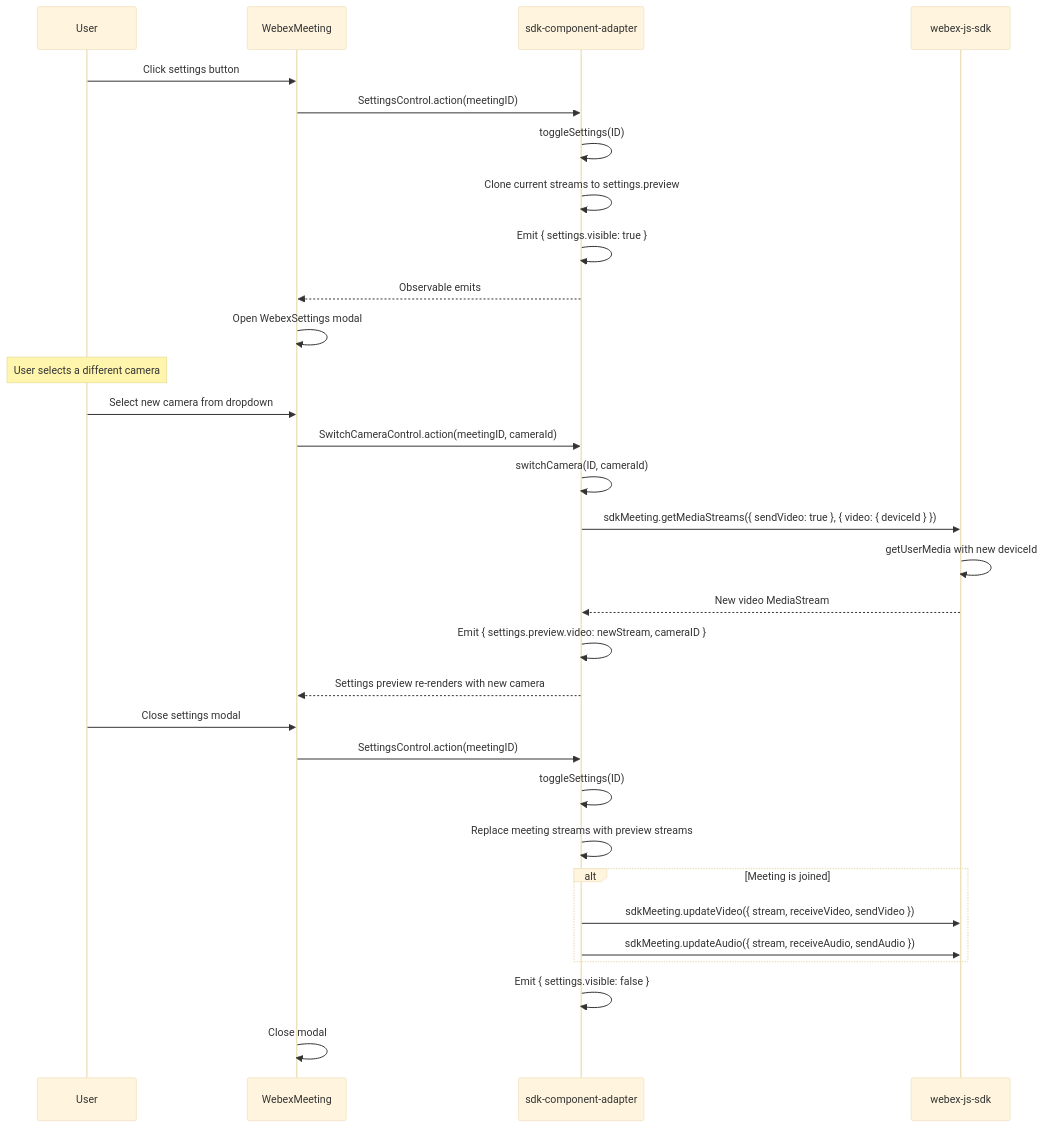
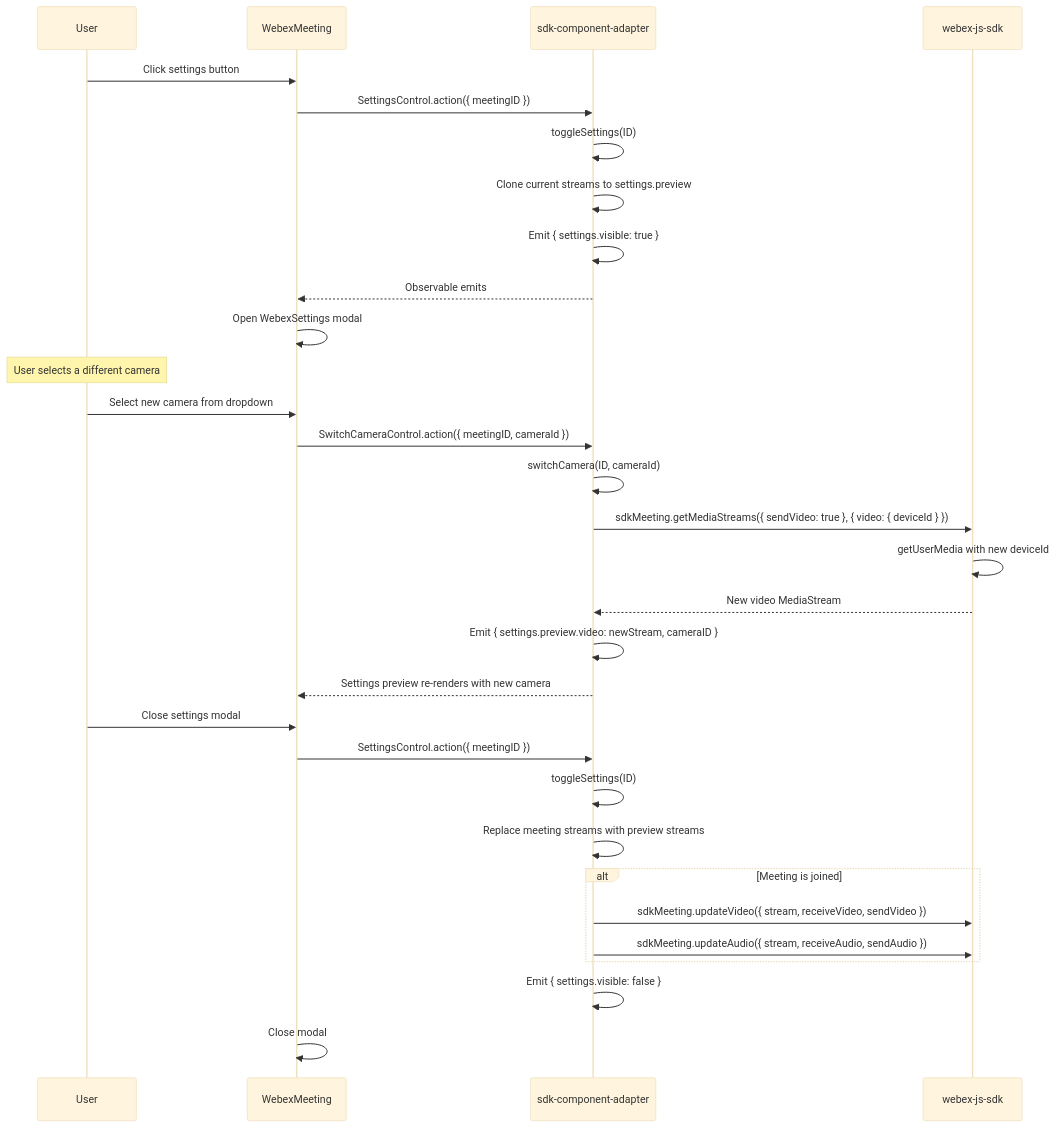
The ninth of 13 diagrams in packages/@webex/widgets/ai-docs/ARCHITECTURE.md (webex/widgets), drawn with Mermaid (base theme) before and after one commit. The commit also changed other lines of this file and 1 other file, not shown here.

````diff
--- a/packages/@webex/widgets/ai-docs/ARCHITECTURE.md
+++ b/packages/@webex/widgets/ai-docs/ARCHITECTURE.md
@@ -477,39 +481,39 @@
 ```mermaid
 sequenceDiagram
     participant User
     participant Component as WebexMeeting
     participant Adapter as sdk-component-adapter
     participant SDK as webex-js-sdk
 
     User->>Component: Click settings button
-    Component->>Adapter: SettingsControl.action(meetingID)
+    Component->>Adapter: SettingsControl.action({ meetingID })
     Adapter->>Adapter: toggleSettings(ID)
     Adapter->>Adapter: Clone current streams to settings.preview
     Adapter->>Adapter: Emit { settings.visible: true }
     Adapter-->>Component: Observable emits
     Component->>Component: Open WebexSettings modal
 
     Note over User: User selects a different camera
 
     User->>Component: Select new camera from dropdown
-    Component->>Adapter: SwitchCameraControl.action(meetingID, cameraId)
+    Component->>Adapter: SwitchCameraControl.action({ meetingID, cameraId })
     Adapter->>Adapter: switchCamera(ID, cameraId)
     Adapter->>SDK: sdkMeeting.getMediaStreams({ sendVideo: true }, { video: { deviceId } })
     SDK->>SDK: getUserMedia with new deviceId
     SDK-->>Adapter: New video MediaStream
     Adapter->>Adapter: Emit { settings.preview.video: newStream, cameraID }
     Adapter-->>Component: Settings preview re-renders with new camera
 
     User->>Component: Close settings modal
-    Component->>Adapter: SettingsControl.action(meetingID)
+    Component->>Adapter: SettingsControl.action({ meetingID })
     Adapter->>Adapter: toggleSettings(ID)
     Adapter->>Adapter: Replace meeting streams with preview streams
 
     alt Meeting is joined
         Adapter->>SDK: sdkMeeting.updateVideo({ stream, receiveVideo, sendVideo })
         Adapter->>SDK: sdkMeeting.updateAudio({ stream, receiveAudio, sendAudio })
     end
 
     Adapter->>Adapter: Emit { settings.visible: false }
     Component->>Component: Close modal
 ```
````
